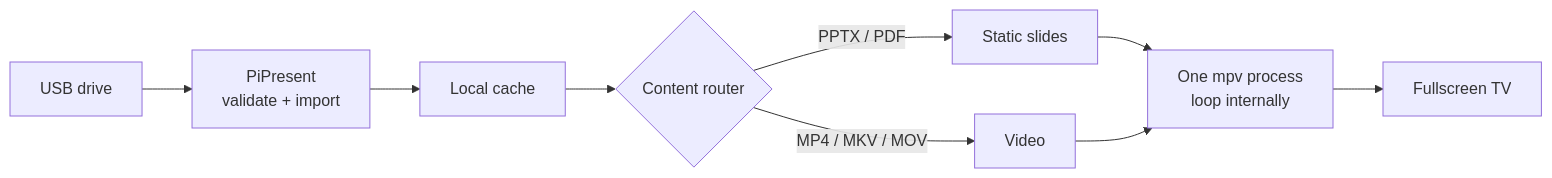
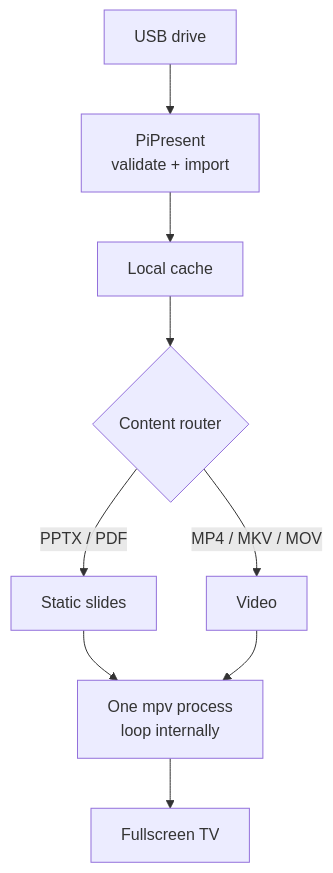
One commit to pierrickvhk/pipresent changed the diagram in README.md. Above: the diagram before and after it, drawn with Mermaid. The commit also changed 1 other file, not shown here.

Commit message:
docs: record green CI and improve diagram readability

````diff
--- a/README.md
+++ b/README.md
@@ -38,11 +38,11 @@
 ```mermaid
-flowchart LR
+flowchart TD
     USB[USB drive] --> Import[PiPresent\nvalidate + import]
     Import --> Cache[Local cache]
     Cache --> Route{Content router}
     Route -->|PPTX / PDF| Slides[Static slides]
     Route -->|MP4 / MKV / MOV| Video[Video]
     Slides --> MPV[One mpv process\nloop internally]
     Video --> MPV
     MPV --> TV[Fullscreen TV]
 ```
````
